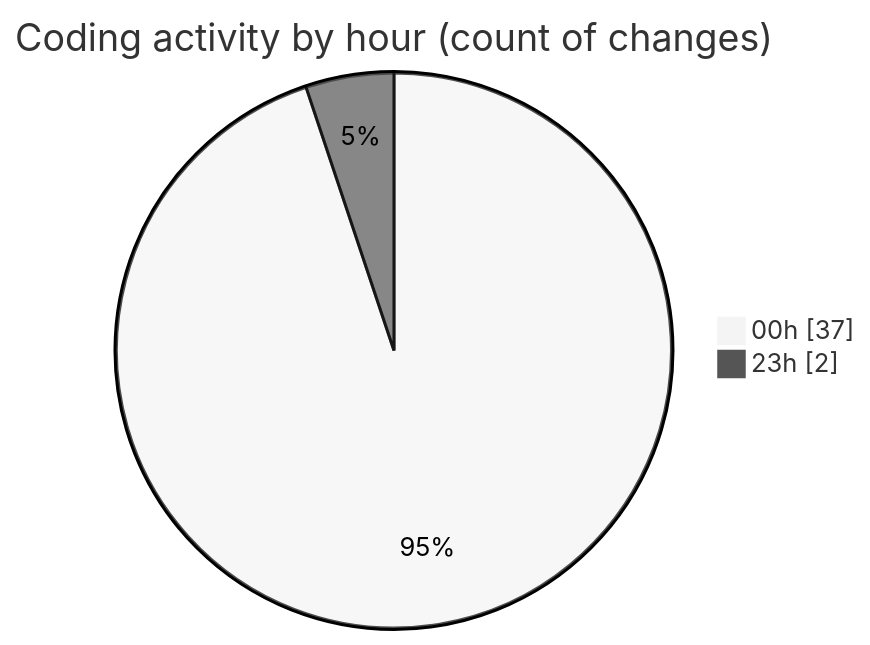
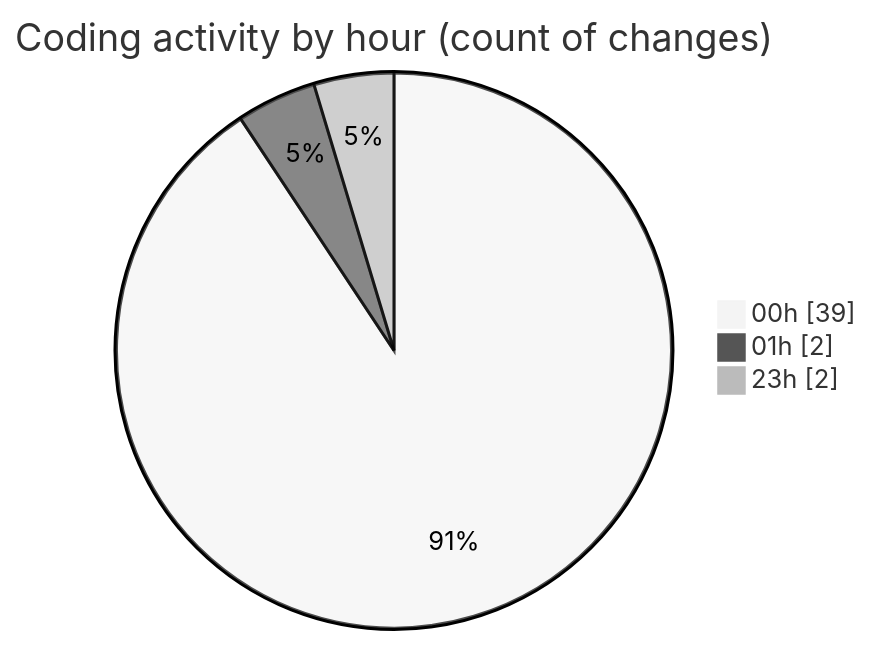
The second of 2 diagrams in 2025-10-10/eventscop-frontend-guide__workspace_/README.md (julien-gomy/code-tracking), drawn with Mermaid (neutral theme) before and after one commit. The commit also changed other lines of this file and 1 other file, not shown here.

````diff
--- a/2025-10-10/eventscop-frontend-guide__workspace_/README.md
+++ b/2025-10-10/eventscop-frontend-guide__workspace_/README.md
@@ -32,6 +32,7 @@
 ```mermaid
 pie showData
 title Coding activity by hour (count of changes)
-"00h" : 37
+"00h" : 39
+"01h" : 2
 "23h" : 2
 ```
````
